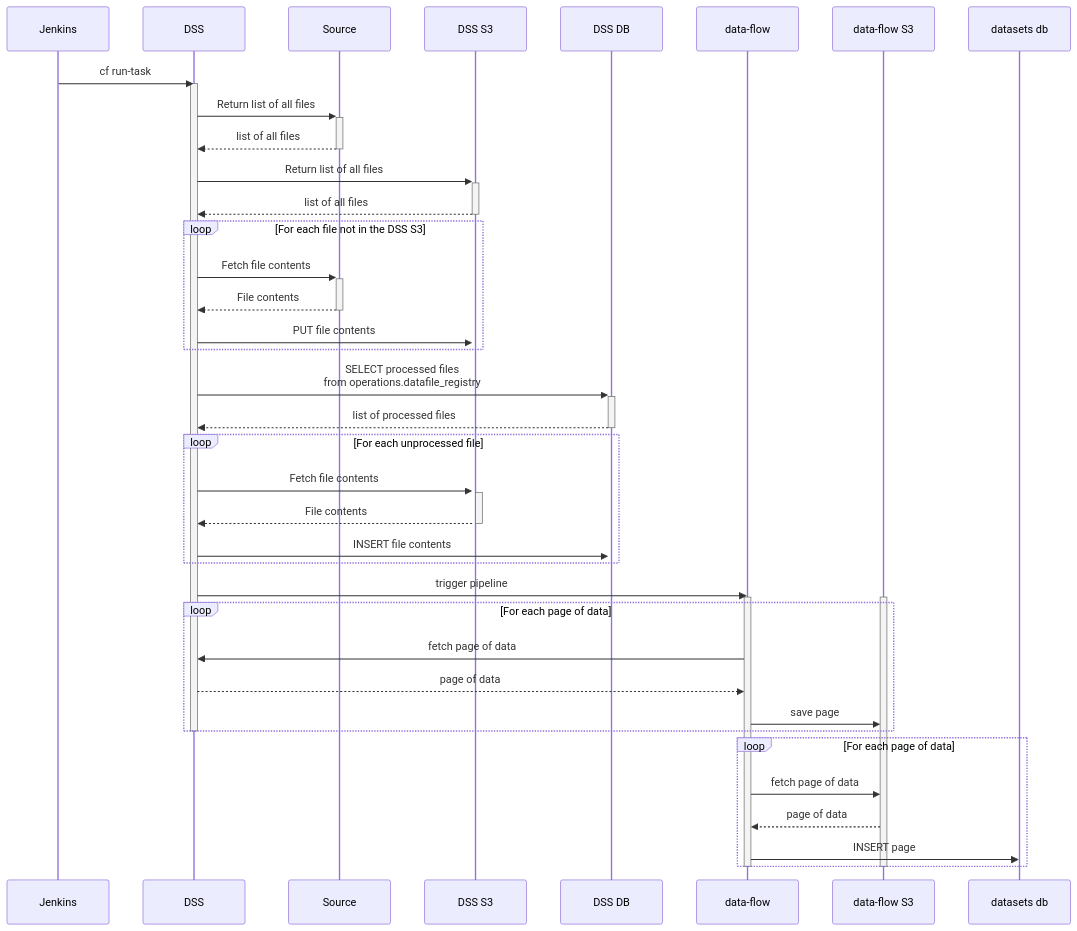
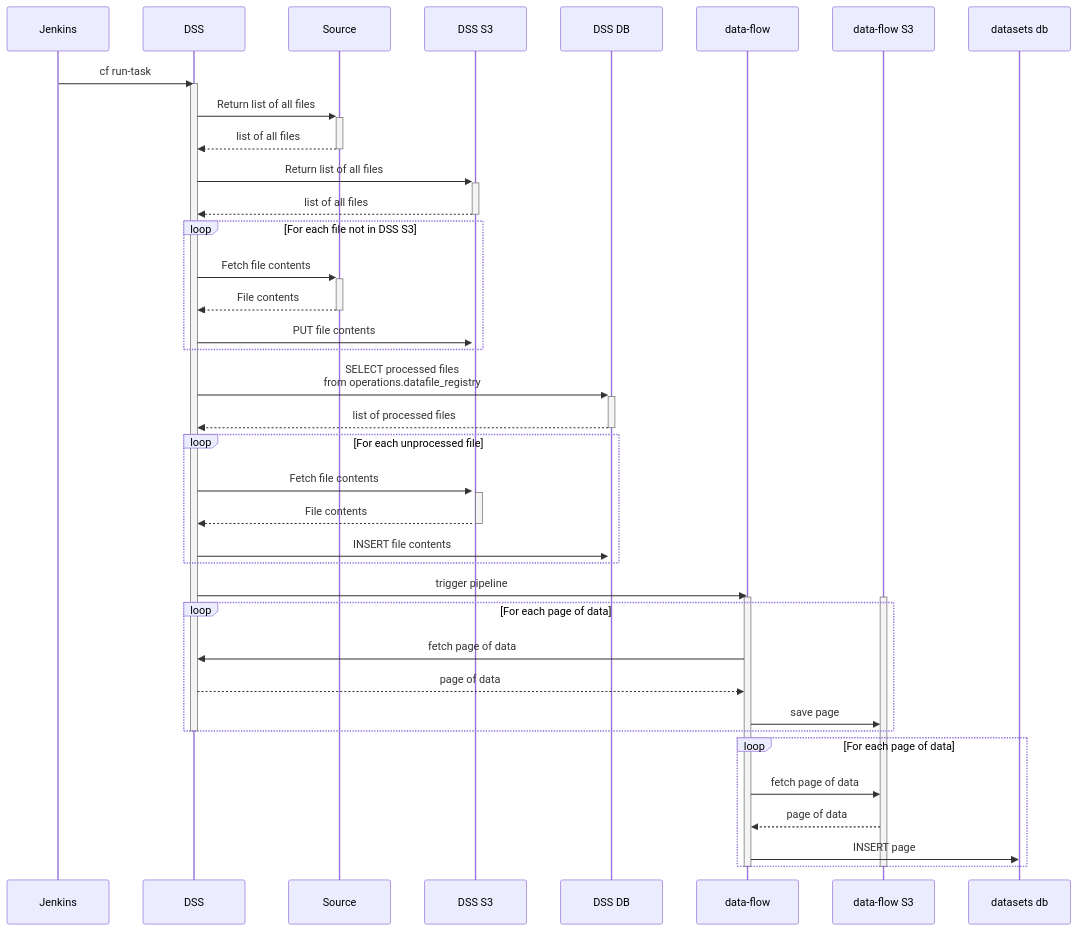
One commit to uktrade/data-store-service changed the diagram in README.md. Above: the diagram before and after it, drawn with Mermaid.

Commit message:
docs: small tidy

````diff
--- a/README.md
+++ b/README.md
@@ -10,43 +10,43 @@
 ```mermaid
 sequenceDiagram
     Jenkins ->> DSS: cf run-task
     activate DSS
     DSS ->>+ Source: Return list of all files
     Source -->>- DSS: list of all files
     DSS ->>+ DSS S3: Return list of all files
     DSS S3 -->>- DSS: list of all files
-    loop For each file not in the DSS S3
+    loop For each file not in DSS S3
       DSS ->>+ Source: Fetch file contents
       Source -->>- DSS: File contents
       DSS ->>+ DSS S3: PUT file contents
     end
 
     DSS ->>+ DSS DB: SELECT processed files <br>from operations.datafile_registry
     DSS DB -->>- DSS: list of processed files
 
     loop For each unprocessed file
       DSS ->>+ DSS S3: Fetch file contents
       DSS S3 -->>- DSS: File contents
       DSS ->>+ DSS DB: INSERT file contents
     end
 
     DSS ->> data-flow: trigger pipeline
     activate data-flow
     activate data-flow S3
 
     loop For each page of data
        data-flow ->> DSS: fetch page of data
        DSS -->> data-flow: page of data
        data-flow ->> data-flow S3: save page
     end
     deactivate DSS
 
     loop For each page of data
        data-flow ->> data-flow S3: fetch page of data
        data-flow S3 -->> data-flow: page of data
        data-flow ->> datasets db: INSERT page
     end
 
     deactivate data-flow
     deactivate data-flow S3
 ```
````
